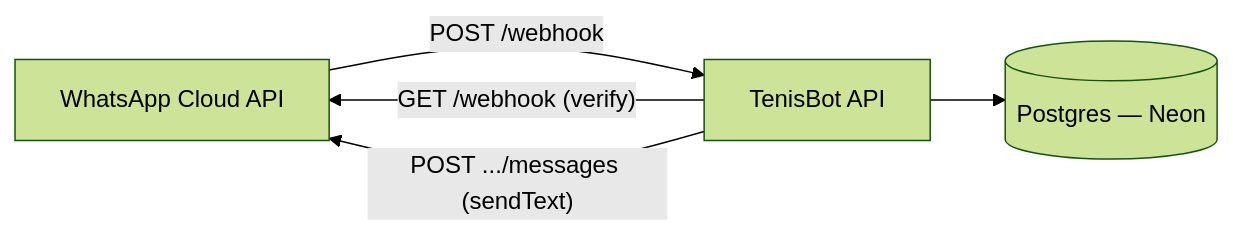
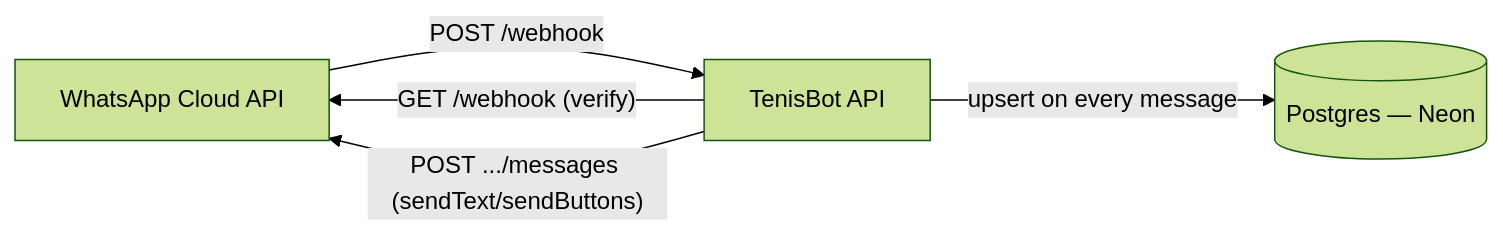
The diagram in docs/app/architecture.md (jluncashu/tennis-bot), drawn with Mermaid (forest theme) before and after one commit. The commit also changed other lines of this file and 10 other files, not shown here.

````diff
--- a/docs/app/architecture.md
+++ b/docs/app/architecture.md
@@ -12,7 +12,7 @@
 ```mermaid
 graph LR
   WA[WhatsApp Cloud API] -- "POST /webhook" --> API[TenisBot API]
   API -- "GET /webhook (verify)" --> WA
-  API -- "POST .../messages (sendText)" --> WA
-  API --> DB[(Postgres — Neon)]
+  API -- "POST .../messages (sendText/sendButtons)" --> WA
+  API -- "upsert on every message" --> DB[(Postgres — Neon)]
 ```
````
